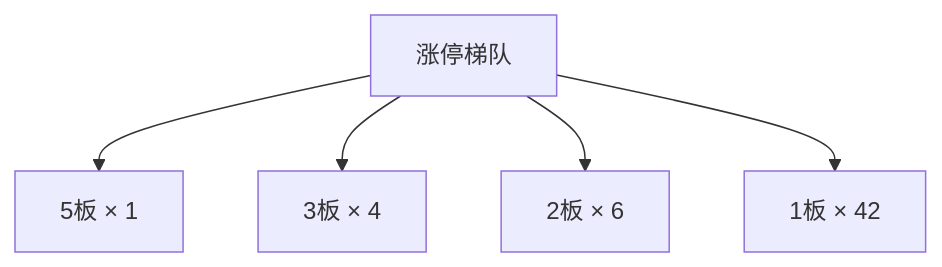
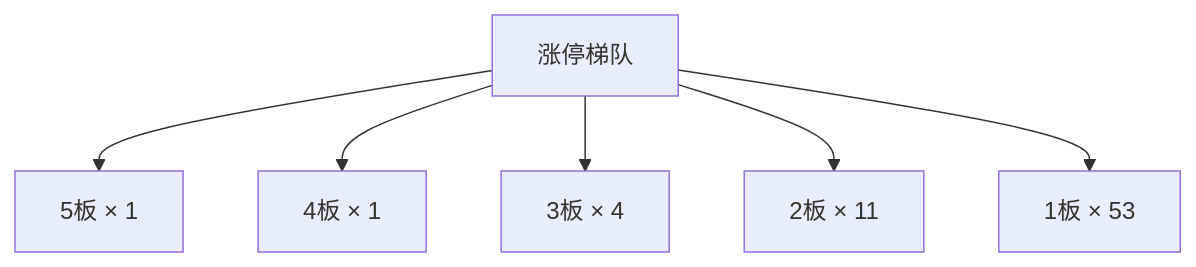
One commit to hesherchen-sketch/ray1992chzl changed the first of 37 diagrams in content/投研交易/盘中分析/20261126.md. Above: the diagram before and after it, drawn with Mermaid. The commit also changed other lines of this file, not shown here.

````diff
--- a/content/投研交易/盘中分析/20261126.md
+++ b/content/投研交易/盘中分析/20261126.md
@@ -53,8 +54,9 @@
 ```mermaid
 flowchart TD
     ROOT["涨停梯队"]
     ROOT --> B0["5板 × 1"]
-    ROOT --> B1["3板 × 4"]
-    ROOT --> B2["2板 × 6"]
-    ROOT --> B3["1板 × 42"]
+    ROOT --> B1["4板 × 1"]
+    ROOT --> B2["3板 × 4"]
+    ROOT --> B3["2板 × 11"]
+    ROOT --> B4["1板 × 53"]
 ```
````
